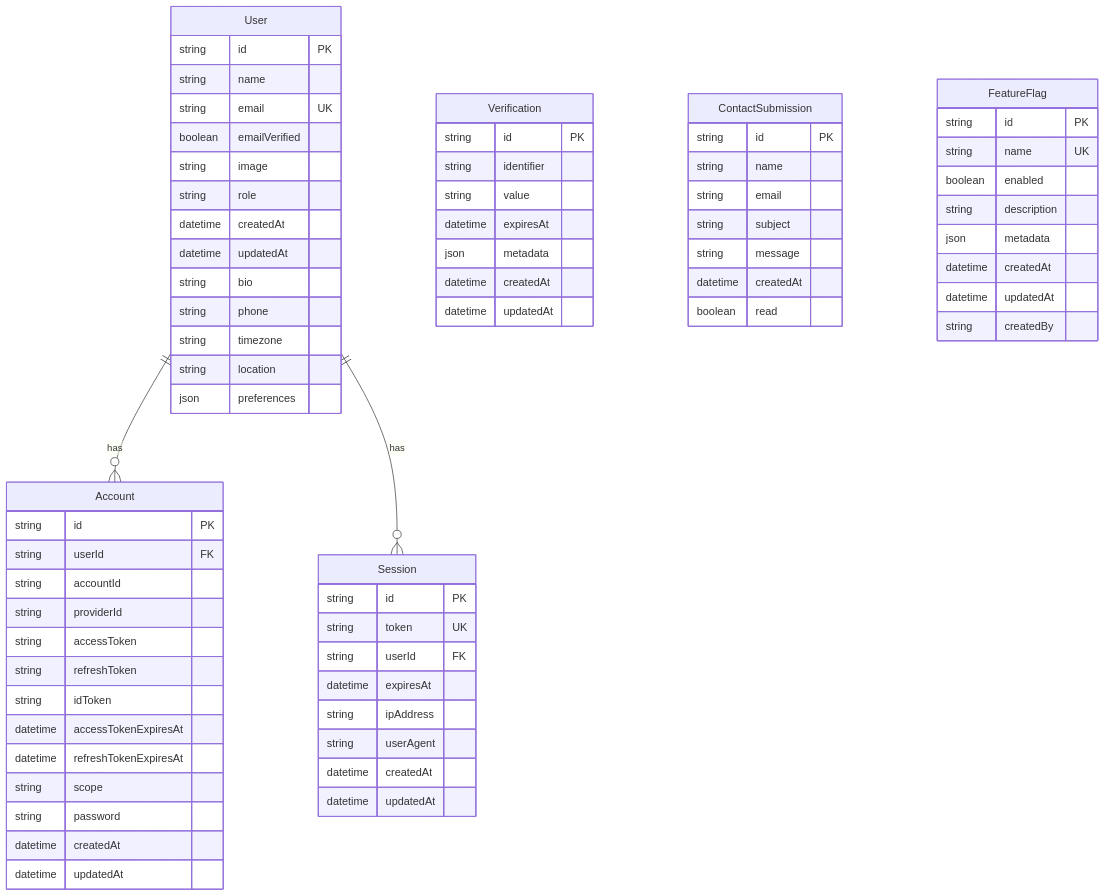
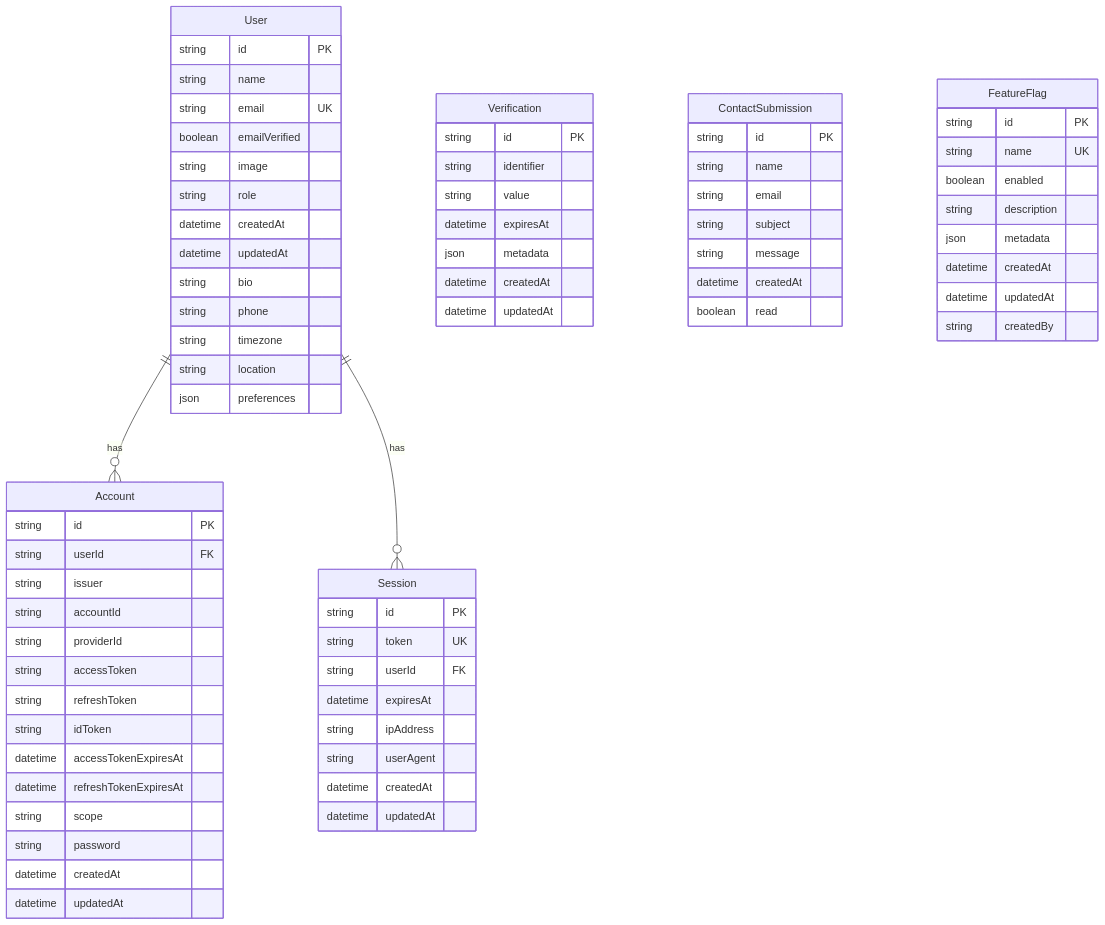
One commit to human-centric-engineering/conquest changed the diagram in .context/database/schema.md. Above: the diagram before and after it, drawn with Mermaid. The commit also changed other lines of this file and 13 other files, not shown here.

````diff
--- a/.context/database/schema.md
+++ b/.context/database/schema.md
@@ -9,78 +9,79 @@
 ```mermaid
 erDiagram
     User ||--o{ Account : "has"
     User ||--o{ Session : "has"
     User {
         string id PK
         string name
         string email UK
         boolean emailVerified
         string image
         string role
         datetime createdAt
         datetime updatedAt
         string bio
         string phone
         string timezone
         string location
         json preferences
     }
 
     Account {
         string id PK
         string userId FK
+        string issuer
         string accountId
         string providerId
         string accessToken
         string refreshToken
         string idToken
         datetime accessTokenExpiresAt
         datetime refreshTokenExpiresAt
         string scope
         string password
         datetime createdAt
         datetime updatedAt
     }
 
     Session {
         string id PK
         string token UK
         string userId FK
         datetime expiresAt
         string ipAddress
         string userAgent
         datetime createdAt
         datetime updatedAt
     }
 
     Verification {
         string id PK
         string identifier
         string value
         datetime expiresAt
         json metadata
         datetime createdAt
         datetime updatedAt
     }
 
     ContactSubmission {
         string id PK
         string name
         string email
         string subject
         string message
         datetime createdAt
         boolean read
     }
 
     FeatureFlag {
         string id PK
         string name UK
         boolean enabled
         string description
         json metadata
         datetime createdAt
         datetime updatedAt
         string createdBy
     }
 ```
````
